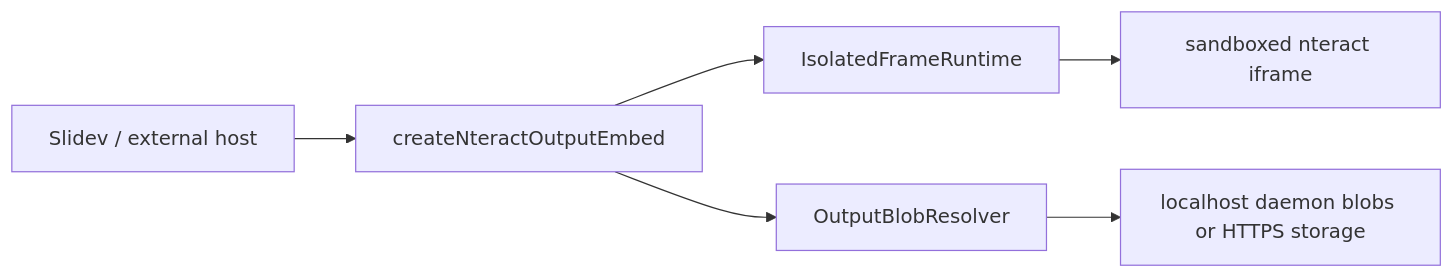
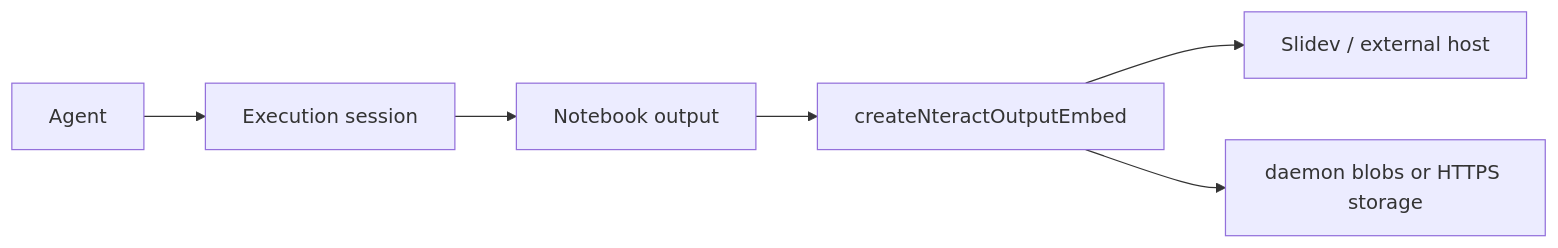
The diagram in decks/talk/slides.md (nteract/nteract), drawn with Mermaid before and after one commit. The commit also changed other lines of this file and 3 other files, not shown here.

````diff
--- a/decks/talk/slides.md
+++ b/decks/talk/slides.md
@@ -73,8 +73,8 @@
 ```mermaid
 flowchart LR
-  Host["Slidev / external host"] --> Embed["createNteractOutputEmbed"]
-  Embed --> Runtime["IsolatedFrameRuntime"]
-  Runtime --> Frame["sandboxed nteract iframe"]
-  Embed --> Resolver["OutputBlobResolver"]
-  Resolver --> Blob["localhost daemon blobs or HTTPS storage"]
+  Agent["Agent"] --> Session["Execution session"]
+  Session --> Output["Notebook output"]
+  Output --> Embed["createNteractOutputEmbed"]
+  Embed --> Slidev["Slidev / external host"]
+  Embed --> Blob["daemon blobs or HTTPS storage"]
 ```
````
